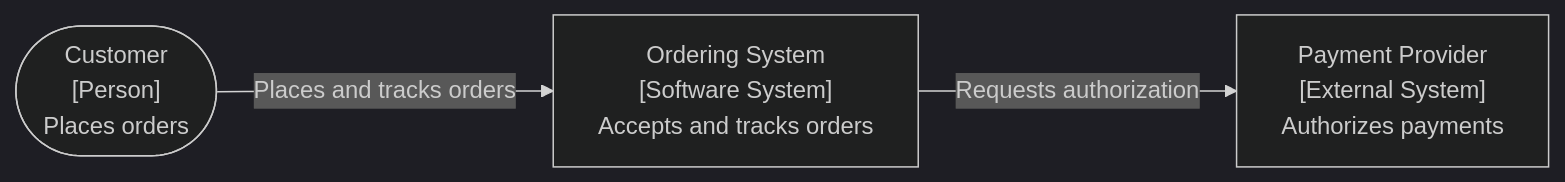
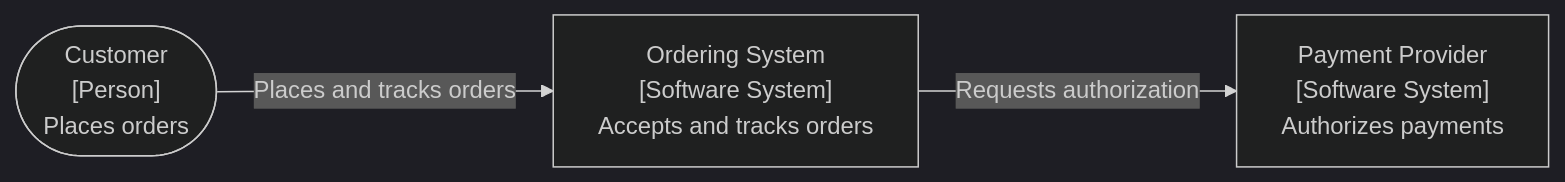
Before and after one commit to phatnguyen975/agenix: the first of 4 diagrams in skills/evolutionary-architecture-design/references/views-and-diagrams.md, drawn with Mermaid (dark theme). The commit also changed other lines of this file and 6 other files, not shown here.

Commit message:
chore(skills): optimize content of evolutionary-architecture-design

````diff
--- a/skills/evolutionary-architecture-design/references/views-and-diagrams.md
+++ b/skills/evolutionary-architecture-design/references/views-and-diagrams.md
@@ -45,8 +45,8 @@
 ```mermaid
 flowchart LR
   customer(["Customer<br/>[Person]<br/>Places orders"])
   ordering["Ordering System<br/>[Software System]<br/>Accepts and tracks orders"]
-  payment["Payment Provider<br/>[External System]<br/>Authorizes payments"]
+  payment["Payment Provider<br/>[Software System]<br/>Authorizes payments"]
   customer -->|"Places and tracks orders"| ordering
   ordering -->|"Requests authorization"| payment
 ```
````
